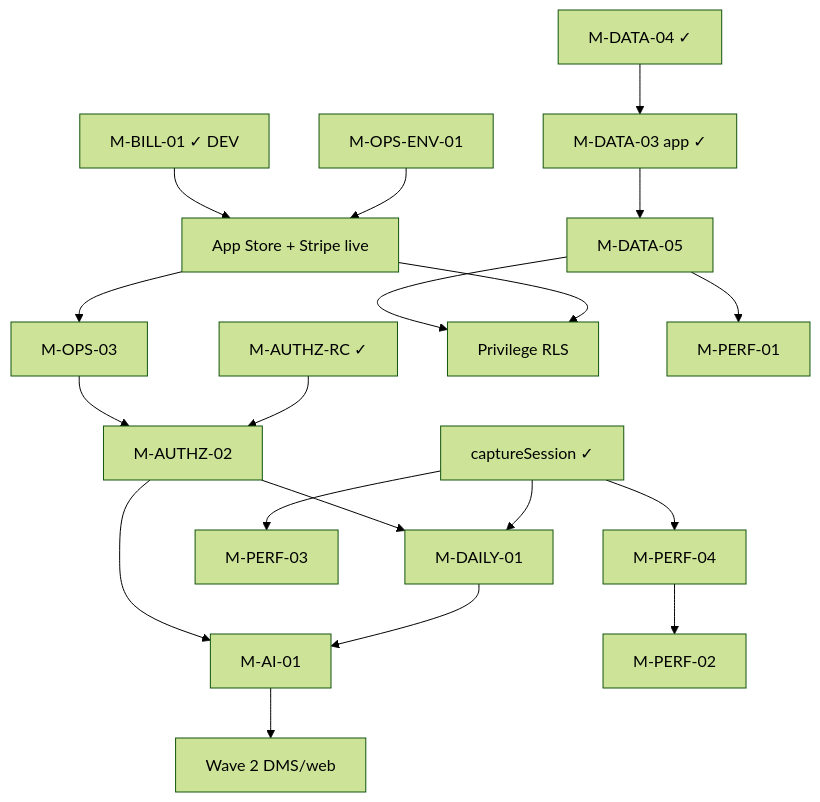
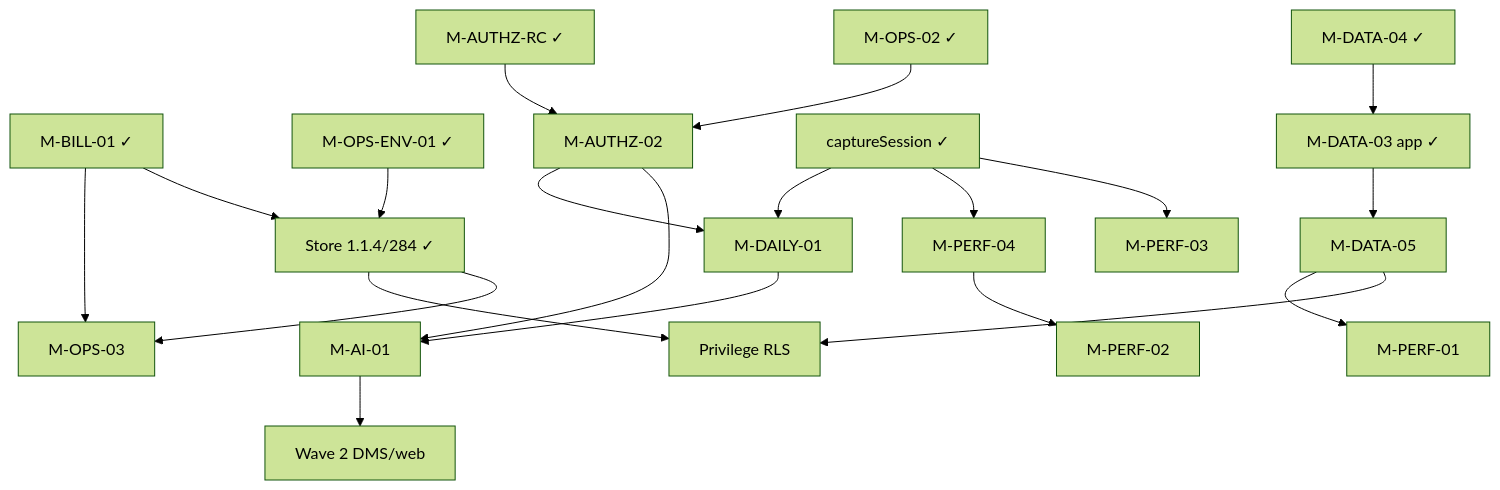
One commit to insitetechltd/buildtrack changed the third of 3 diagrams in documentation/ROADMAP.md. Above: the diagram before and after it, drawn with Mermaid (forest theme). The commit also changed other lines of this file and 6 other files, not shown here.

````diff
--- a/documentation/ROADMAP.md
+++ b/documentation/ROADMAP.md
@@ -82,21 +90,22 @@
 ```mermaid
 flowchart TB
-  BILL01["M-BILL-01 ✓ DEV"] --> STORE2["App Store + Stripe live"]
-  ENV01["M-OPS-ENV-01"] --> STORE2
+  BILL01["M-BILL-01 ✓"] --> STORE2["Store 1.1.4/284 ✓"]
+  ENV01["M-OPS-ENV-01 ✓"] --> STORE2
   STORE2 --> OPS032["M-OPS-03"]
-  OPS032 --> AUTHZ022["M-AUTHZ-02"]
+  BILL01 --> OPS032
+  OPS02["M-OPS-02 ✓"] --> AUTHZ022["M-AUTHZ-02"]
   AUTHZRC["M-AUTHZ-RC ✓"] --> AUTHZ022
   AUTHZ022 --> AI012["M-AI-01"]
   AUTHZ022 --> DAILY2["M-DAILY-01"]
   DAILY2 --> AI012
   CAP["captureSession ✓"] --> PERF03["M-PERF-03"]
   CAP --> PERF04["M-PERF-04"]
   CAP --> DAILY2
   DATA04["M-DATA-04 ✓"] --> DATA03["M-DATA-03 app ✓"]
   DATA03 --> DATA05["M-DATA-05"]
   DATA05 --> RLS2["Privilege RLS"]
   DATA05 --> PERF01["M-PERF-01"]
   PERF04 --> PERF02["M-PERF-02"]
   STORE2 --> RLS2
   AI012 --> WAVE22["Wave 2 DMS/web"]
 ```
````
